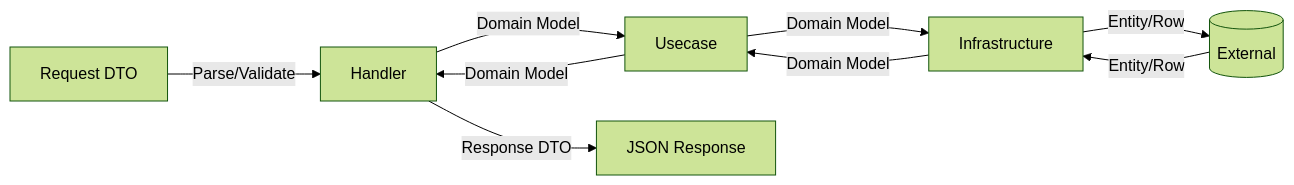
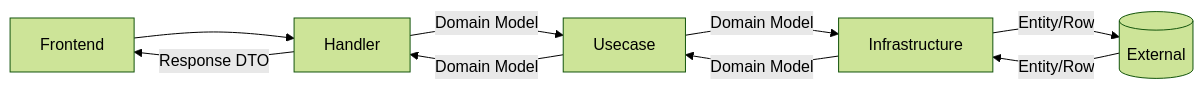
Before and after one commit to seka/reci-pin: the second of 2 diagrams in backend/README.md, drawn with Mermaid (forest theme). The commit also changed 1 other file, not shown here.

Commit message:
docs: add data flow diagram to frontend and refine backend diagram

````diff
--- a/backend/README.md
+++ b/backend/README.md
@@ -34,12 +34,12 @@
 ```mermaid
 graph LR
-    Req[Request DTO] -- "Parse/Validate" --> H[Handler]
+    Frontend[Frontend] --> H[Handler]
     H -- "Domain Model" --> U[Usecase]
     U -- "Domain Model" --> I[Infrastructure]
     I -- "Entity/Row" --> DB[(External)]
 
     DB -- "Entity/Row" --> I
     I -- "Domain Model" --> U
     U -- "Domain Model" --> H
-    H -- "Response DTO" --> Res[JSON Response]
+    H -- "Response DTO" --> Frontend[Frontend]
 ```
````
